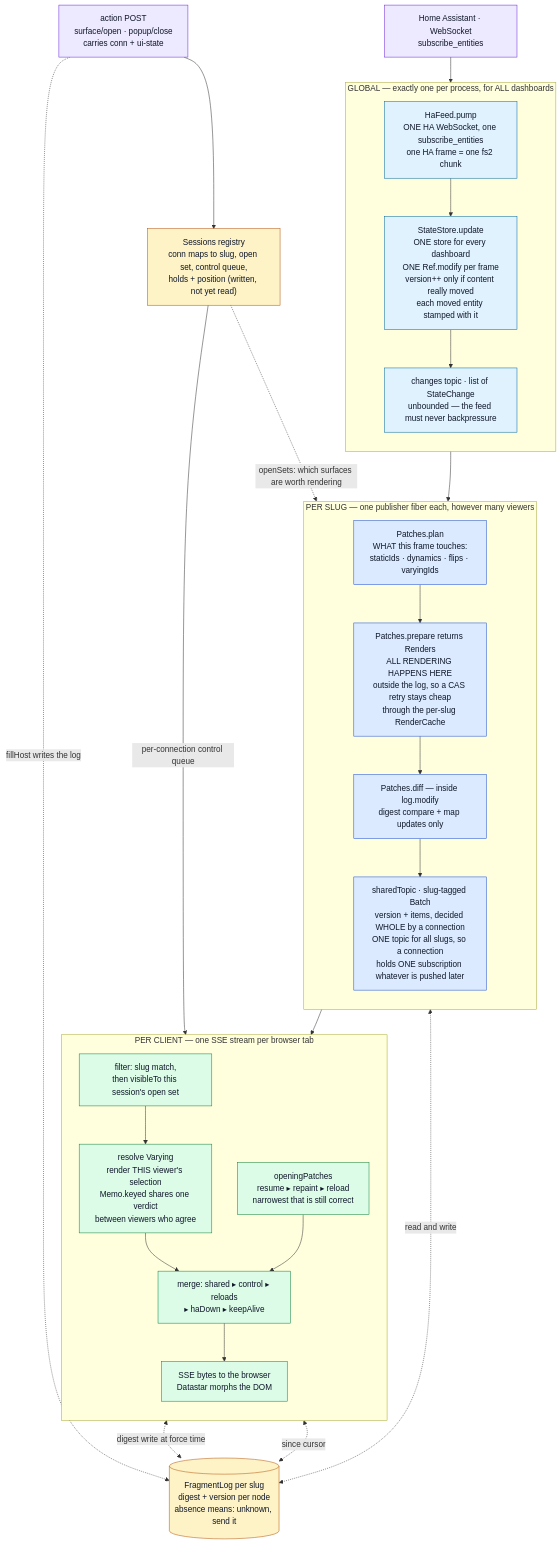
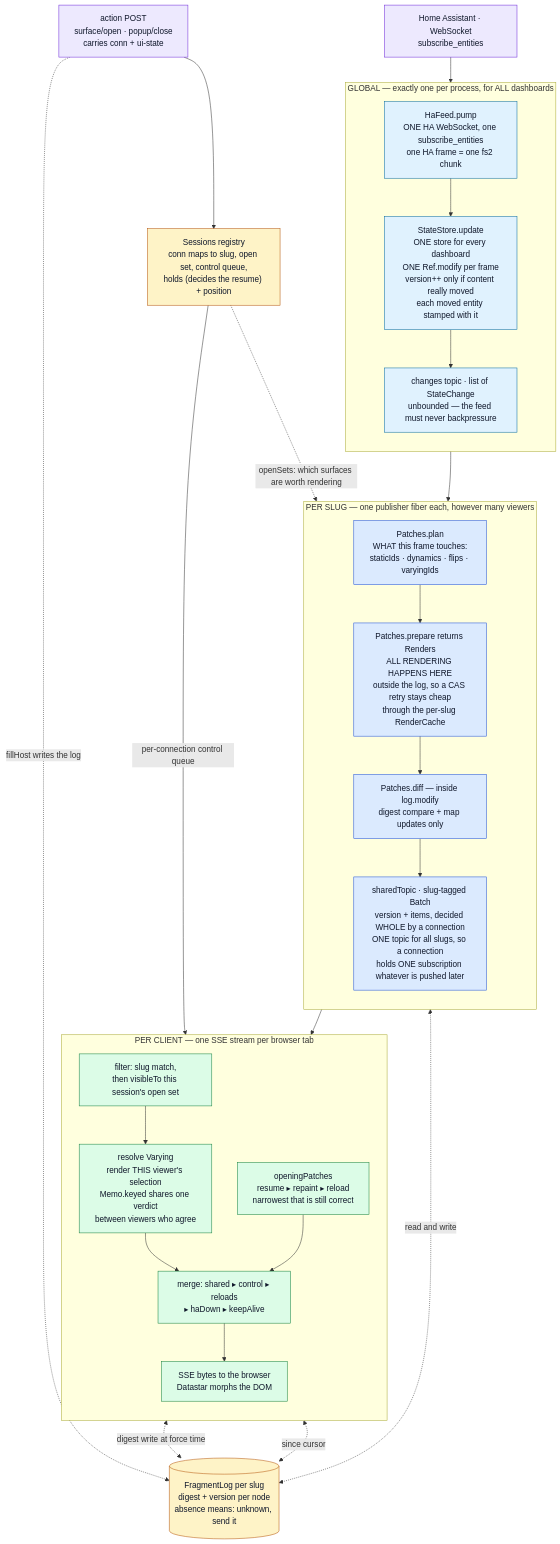
The first of 3 diagrams in docs/architecture-rendering-pipeline.md (perok/functional-home-assistant), drawn with Mermaid before and after one commit. The commit also changed other lines of this file and 5 other files, not shown here.

````diff
--- a/docs/architecture-rendering-pipeline.md
+++ b/docs/architecture-rendering-pipeline.md
@@ -30,54 +30,54 @@
 ```mermaid
 flowchart TB
   HA["Home Assistant · WebSocket<br/>subscribe_entities"]
 
   subgraph GLOBAL["GLOBAL — exactly one per process, for ALL dashboards"]
     direction TB
     PUMP["HaFeed.pump<br/>ONE HA WebSocket, one subscribe_entities<br/>one HA frame = one fs2 chunk"]
     STORE["StateStore.update<br/>ONE store for every dashboard<br/>ONE Ref.modify per frame<br/>version++ only if content really moved<br/>each moved entity stamped with it"]
     CH["changes topic · list of StateChange<br/>unbounded — the feed must never backpressure"]
   end
 
   subgraph SHARED["PER SLUG — one publisher fiber each, however many viewers"]
     direction TB
     PLAN["Patches.plan<br/>WHAT this frame touches:<br/>staticIds · dynamics · flips · varyingIds"]
     PREP["Patches.prepare returns Renders<br/>ALL RENDERING HAPPENS HERE<br/>outside the log, so a CAS retry stays cheap<br/>through the per-slug RenderCache"]
     DIFF["Patches.diff — inside log.modify<br/>digest compare + map updates only"]
     TOPIC["sharedTopic · slug-tagged Batch<br/>version + items, decided WHOLE by a connection<br/>ONE topic for all slugs, so a connection<br/>holds ONE subscription whatever is pushed later"]
   end
 
   subgraph CLIENT["PER CLIENT — one SSE stream per browser tab"]
     direction TB
     OPEN["openingPatches<br/>resume ▸ repaint ▸ reload<br/>narrowest that is still correct"]
     FILT["filter: slug match,<br/>then visibleTo this session's open set"]
     RESOLVE["resolve Varying<br/>render THIS viewer's selection<br/>Memo.keyed shares one verdict<br/>between viewers who agree"]
     MERGE["merge: shared ▸ control ▸ reloads<br/>▸ haDown ▸ keepAlive"]
     SSE["SSE bytes to the browser<br/>Datastar morphs the DOM"]
   end
 
   ACT["action POST<br/>surface/open · popup/close<br/>carries conn + ui-state"]
-  SESS["Sessions registry<br/>conn maps to slug, open set, control queue,<br/>holds + position (written, not yet read)"]
+  SESS["Sessions registry<br/>conn maps to slug, open set, control queue,<br/>holds (decides the resume) + position"]
   LOG[("FragmentLog per slug<br/>digest + version per node<br/>absence means: unknown, send it")]
 
   HA --> PUMP --> STORE --> CH --> PLAN --> PREP --> DIFF --> TOPIC
   TOPIC --> FILT --> RESOLVE --> MERGE --> SSE
   OPEN --> MERGE
   DIFF <-.->|read and write| LOG
   RESOLVE <-.->|digest write at force time| LOG
   OPEN <-.->|since cursor| LOG
   ACT --> SESS
   SESS -->|per-connection control queue| MERGE
   ACT -.->|fillHost writes the log| LOG
   SESS -.->|openSets: which surfaces are worth rendering| PLAN
 
   classDef global fill:#e0f2fe,stroke:#0369a1,color:#0f172a
   classDef shared fill:#dbeafe,stroke:#1d4ed8,color:#0f172a
   classDef client fill:#dcfce7,stroke:#15803d,color:#0f172a
   classDef store fill:#fef3c7,stroke:#b45309,color:#0f172a
   classDef ext fill:#ede9fe,stroke:#6d28d9,color:#0f172a
   class PUMP,STORE,CH global
   class PLAN,PREP,DIFF,TOPIC shared
   class OPEN,FILT,RESOLVE,MERGE,SSE client
   class LOG,SESS store
   class HA,ACT ext
 ```
````
